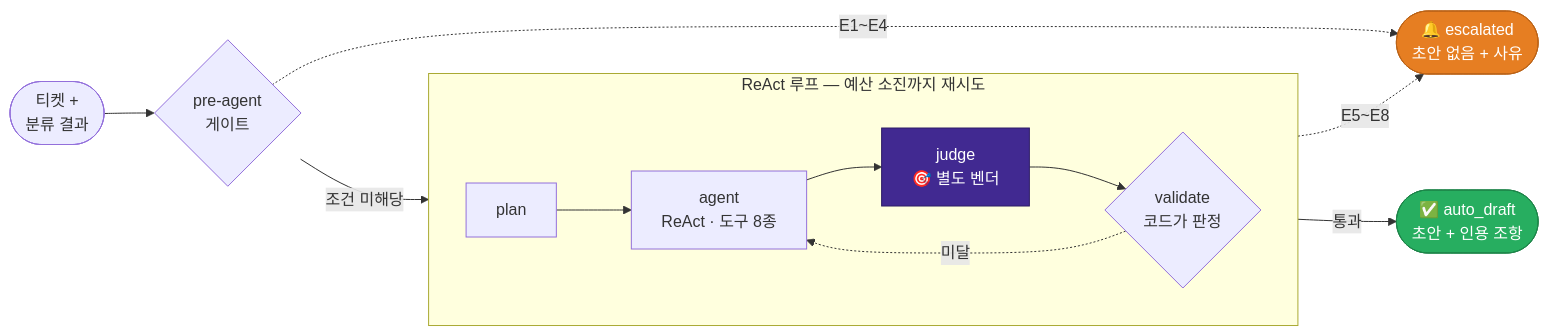
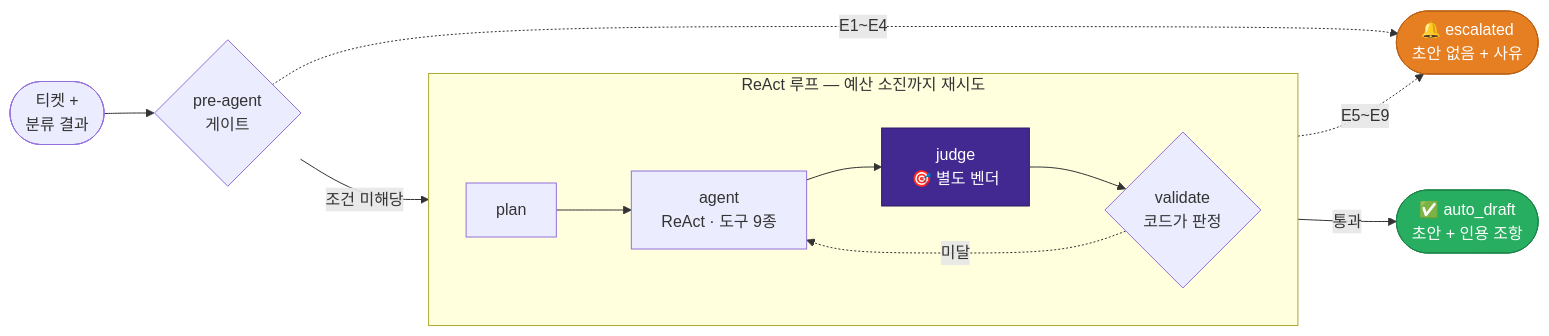
The second of 4 diagrams in README.md (MachuEngine/cs-assistant), drawn with Mermaid before and after one commit. The commit also changed other lines of this file and 3 other files, not shown here.

````diff
--- a/README.md
+++ b/README.md
@@ -136,25 +137,25 @@
 ```mermaid
 flowchart LR
     S(["티켓 +<br/>분류 결과"]) --> PRE{"pre-agent<br/>게이트"}
 
     subgraph LOOP["ReAct 루프 — 예산 소진까지 재시도"]
         direction LR
-        P["plan"] --> A["agent<br/>ReAct · 도구 8종"]
+        P["plan"] --> A["agent<br/>ReAct · 도구 9종"]
         A --> J["judge<br/>🎯 별도 벤더"]
         J --> V{"validate<br/>코드가 판정"}
         V -.->|"미달"| A
     end
 
     PRE -->|"조건 미해당"| P
     V -->|"통과"| OK(["✅ auto_draft<br/>초안 + 인용 조항"])
 
     PRE -.->|"E1~E4"| ESC(["🔔 escalated<br/>초안 없음 + 사유"])
-    LOOP -.->|"E5~E8"| ESC
+    LOOP -.->|"E5~E9"| ESC
 
     classDef jud  fill:#412991,stroke:#2d1c66,color:#fff
     classDef esc  fill:#e67e22,stroke:#ba6318,color:#fff
     classDef good fill:#27ae60,stroke:#1e8449,color:#fff
     class J jud
     class ESC esc
     class OK good
 ```
````
